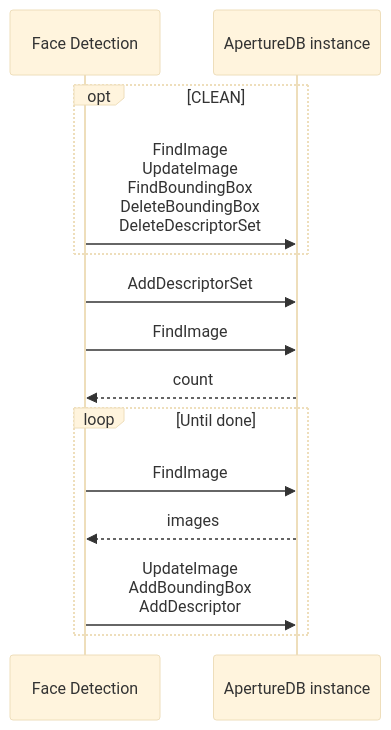
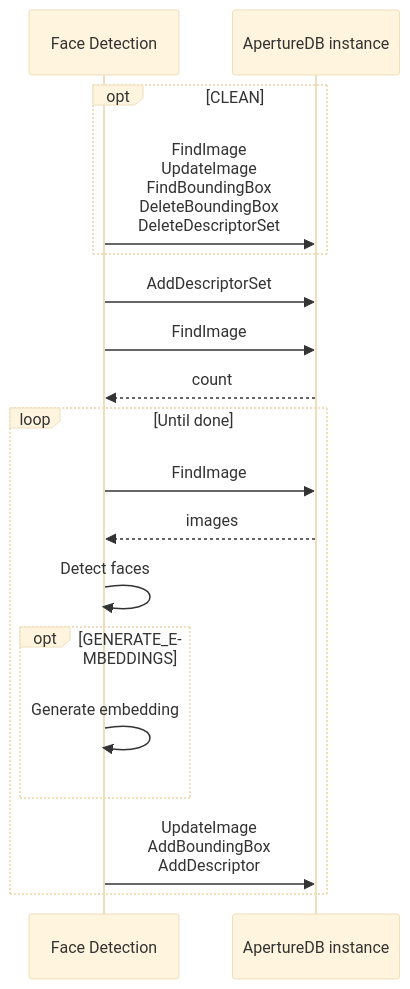
One commit to aperture-data/workflows changed the diagram in apps/face-detection/README.md. Above: the diagram before and after it, drawn with Mermaid (base theme).

````diff
--- a/apps/face-detection/README.md
+++ b/apps/face-detection/README.md
@@ -10,16 +10,20 @@
 ```mermaid
 sequenceDiagram
     participant W as Face Detection
     participant A as ApertureDB instance
     opt CLEAN
         W->>A: FindImage<br/>UpdateImage<br/>FindBoundingBox<br/>DeleteBoundingBox<br/>DeleteDescriptorSet
     end
     W->>A: AddDescriptorSet
     W->>A: FindImage
     A-->>W: count
     loop Until done
         W->>A: FindImage
         A-->>W: images
+        W->>W: Detect faces
+        opt GENERATE_EMBEDDINGS
+            W->>W: Generate embedding
+        end
         W->>A: UpdateImage<br/>AddBoundingBox<br/>AddDescriptor
     end
 ```
````
